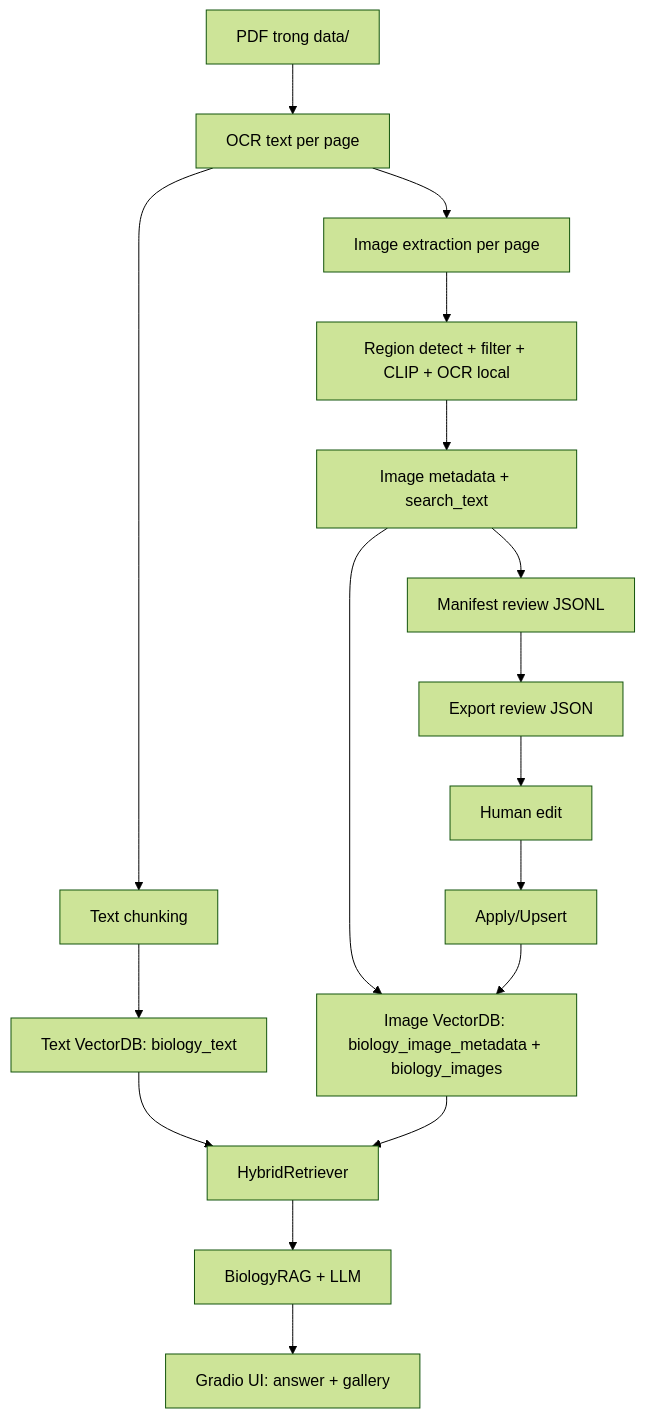
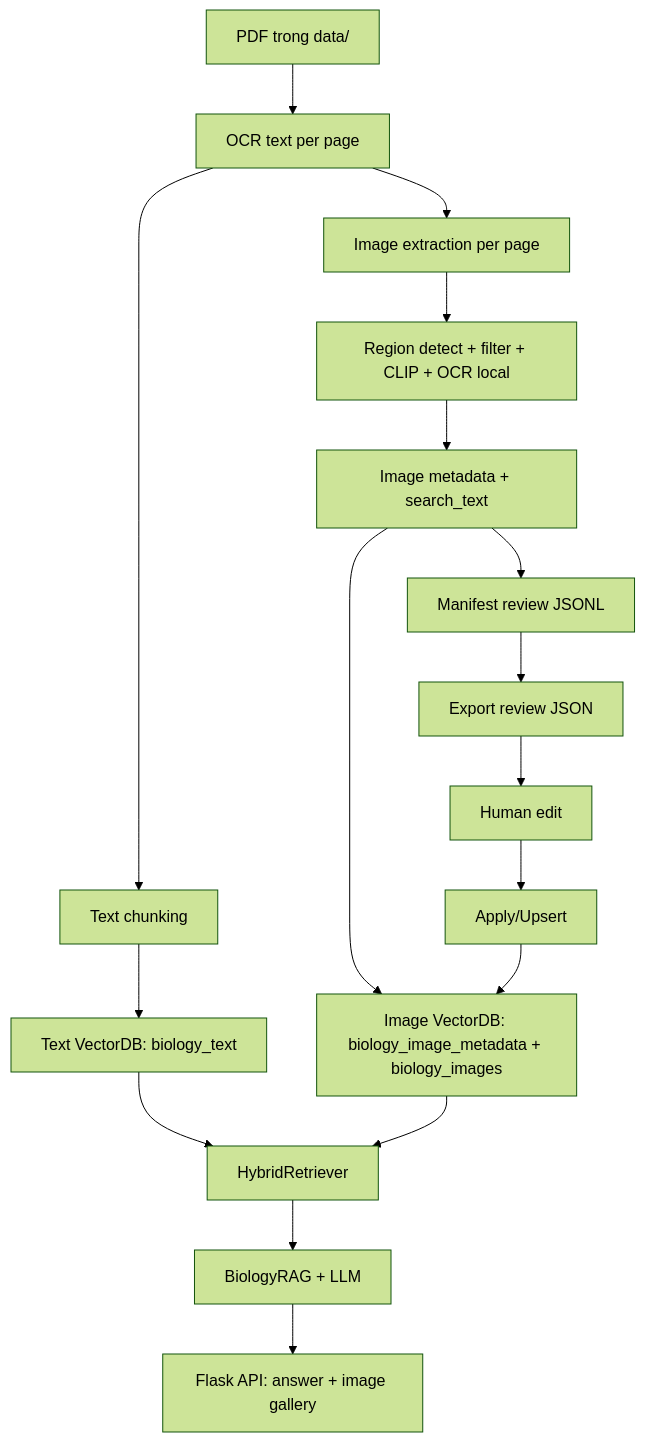
One commit to lcdkhoa/project-bio-rag changed the diagram in document/technical_handover_rag.md. Above: the diagram before and after it, drawn with Mermaid (forest theme). The commit also changed other lines of this file and 592 other files, not shown here.

````diff
--- a/document/technical_handover_rag.md
+++ b/document/technical_handover_rag.md
@@ -19,22 +19,22 @@
 ```mermaid
 flowchart TD
     A[PDF trong data/] --> B[OCR text per page]
     B --> C[Text chunking]
     C --> D[Text VectorDB: biology_text]
 
     B --> E[Image extraction per page]
     E --> F[Region detect + filter + CLIP + OCR local]
     F --> G[Image metadata + search_text]
     G --> H[Image VectorDB: biology_image_metadata + biology_images]
     G --> I[Manifest review JSONL]
 
     I --> J[Export review JSON]
     J --> K[Human edit]
     K --> L[Apply/Upsert]
     L --> H
 
     D --> M[HybridRetriever]
     H --> M
     M --> N[BiologyRAG + LLM]
-    N --> O[Gradio UI: answer + gallery]
+    N --> O[Flask API: answer + image gallery]
 ```
````
